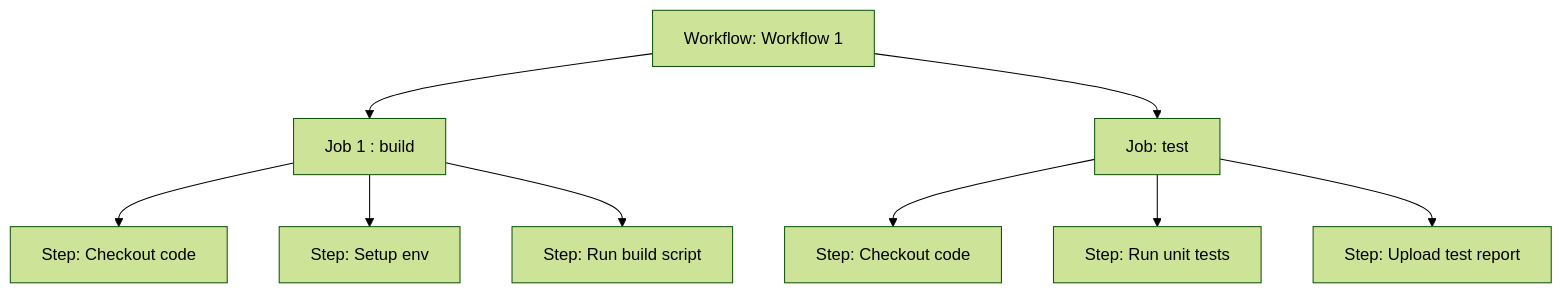
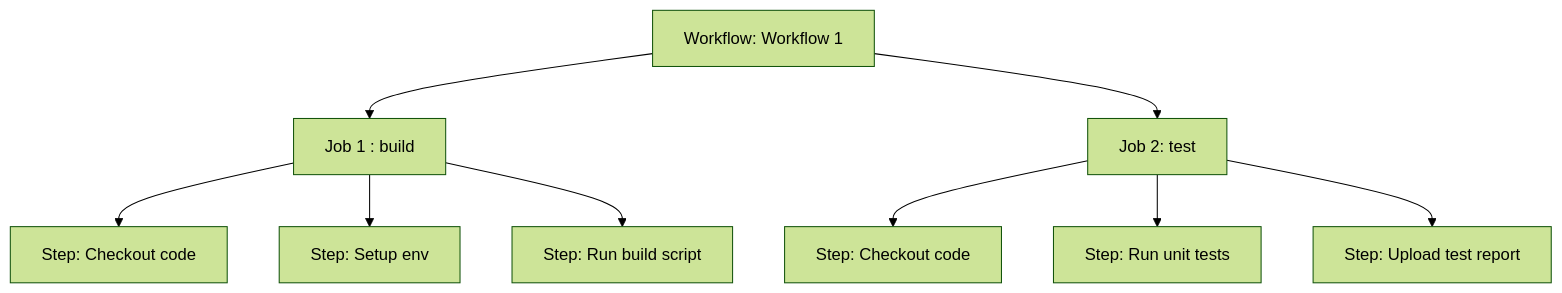
The second of 2 diagrams in README.md (tmendonca28/gh-actions), drawn with Mermaid (forest theme) before and after one commit. The commit also changed other lines of this file, not shown here.

````diff
--- a/README.md
+++ b/README.md
@@ -140,11 +140,11 @@
 ```mermaid
 flowchart TD
     A[Workflow: Workflow 1] --> B[Job 1 : build]
-    A --> C[Job: test]
+    A --> C[Job 2: test]
     B --> B1[Step: Checkout code]
     B --> B2[Step: Setup env]
     B --> B3[Step: Run build script]
     C --> C1[Step: Checkout code]
     C --> C2[Step: Run unit tests]
     C --> C3[Step: Upload test report]
 ```
````
